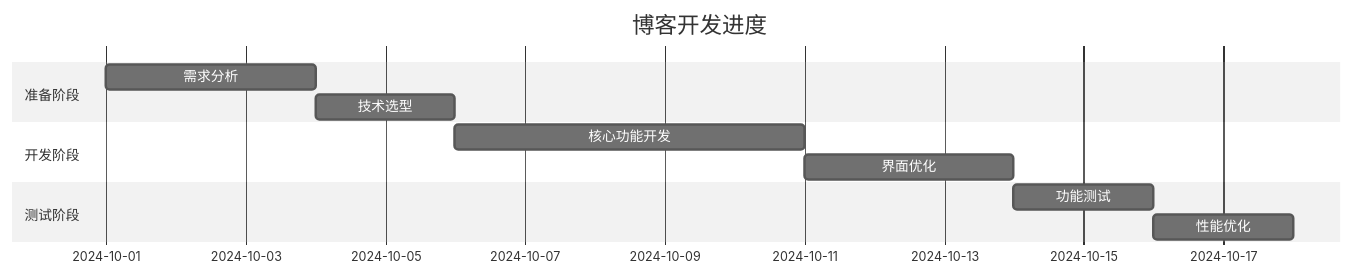
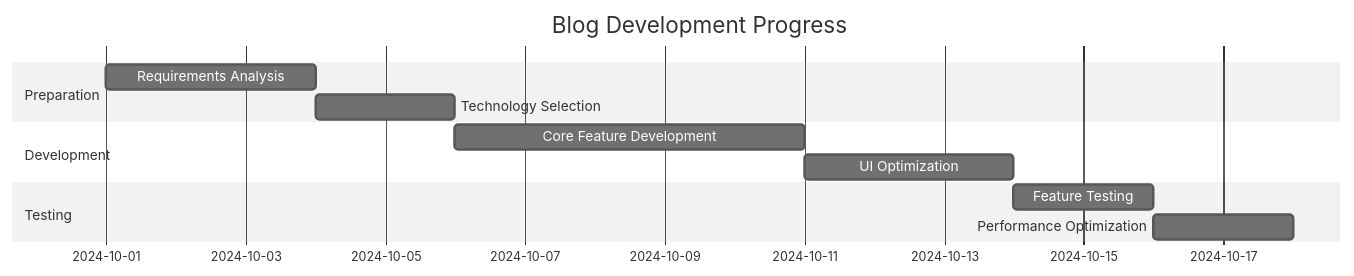
The fourth of 5 diagrams in content/mermaid-quick-start.mdx (zjy365/zjy365), drawn with Mermaid (neutral theme) before and after one commit. The commit also changed other lines of this file and 11 other files, not shown here.

````diff
--- a/content/mermaid-quick-start.mdx
+++ b/content/mermaid-quick-start.mdx
@@ -72,14 +72,14 @@
 ```mermaid
 gantt
-    title 博客开发进度
+    title Blog Development Progress
     dateFormat  YYYY-MM-DD
-    section 准备阶段
-    需求分析   :a1, 2024-10-01, 3d
-    技术选型   :a2, after a1, 2d
-    section 开发阶段
-    核心功能开发 :b1, 2024-10-06, 5d
-    界面优化     :b2, after b1, 3d
-    section 测试阶段
-    功能测试     :c1, after b2, 2d
-    性能优化     :c2, after c1, 2d
+    section Preparation
+    Requirements Analysis   :a1, 2024-10-01, 3d
+    Technology Selection    :a2, after a1, 2d
+    section Development
+    Core Feature Development :b1, 2024-10-06, 5d
+    UI Optimization          :b2, after b1, 3d
+    section Testing
+    Feature Testing          :c1, after b2, 2d
+    Performance Optimization :c2, after c1, 2d
 ```
````
